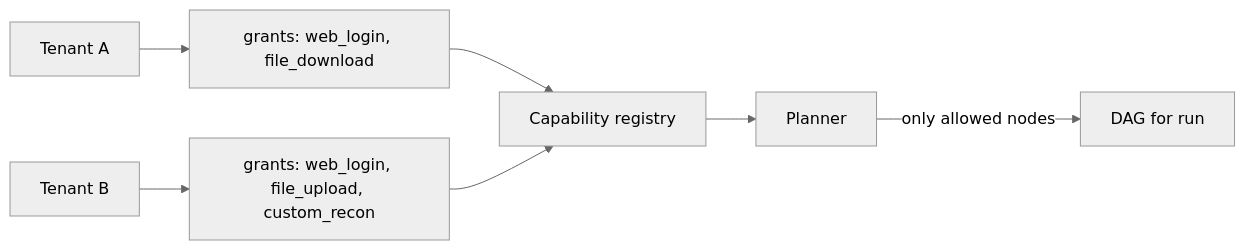
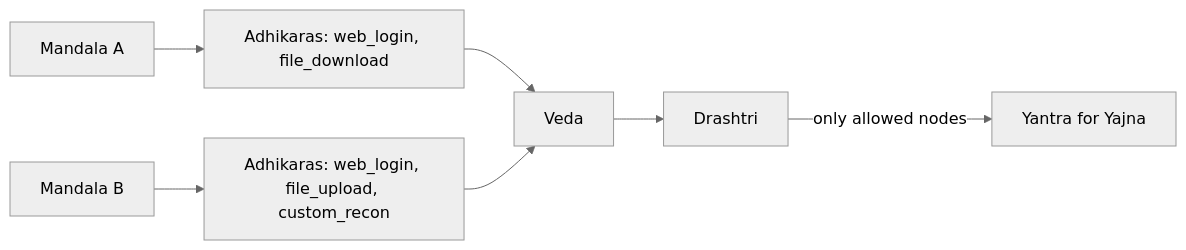
The third of 4 diagrams in documentation/src/01-HLD.md (so-weak/Aakaar), drawn with Mermaid (neutral theme) before and after one commit. The commit also changed other lines of this file and 56 other files, not shown here.

````diff
--- a/documentation/src/01-HLD.md
+++ b/documentation/src/01-HLD.md
@@ -109,9 +110,9 @@
 ```mermaid
 flowchart LR
-  T1["Tenant A"] --> G1["grants: web_login, file_download"]
-  T2["Tenant B"] --> G2["grants: web_login, file_upload, custom_recon"]
-  G1 --> R["Capability registry"]
+  T1["Mandala A"] --> G1["Adhikaras: web_login, file_download"]
+  T2["Mandala B"] --> G2["Adhikaras: web_login, file_upload, custom_recon"]
+  G1 --> R["Veda"]
   G2 --> R
-  R --> P["Planner"]
-  P -->|"only allowed nodes"| D["DAG for run"]
+  R --> P["Drashtri"]
+  P -->|"only allowed nodes"| D["Yantra for Yajna"]
 ```
````
